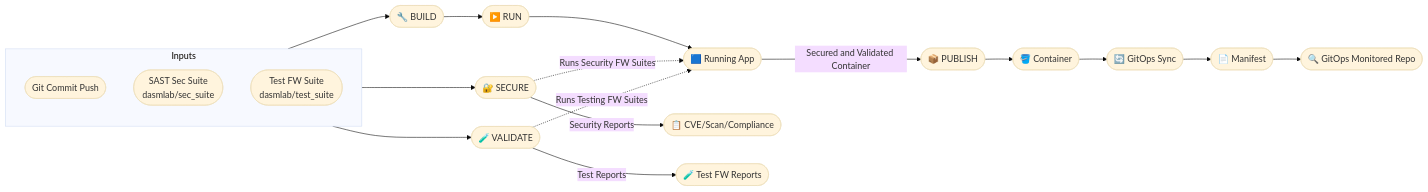
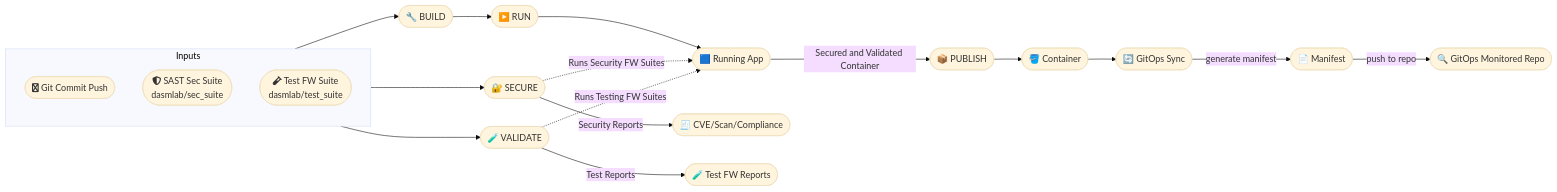
Before and after one commit to dasmlab/whatsnew-service: the second of 2 diagrams in README.md, drawn with Mermaid (base theme). The commit also changed other lines of this file, not shown here.

Commit message:
restoring badge

````diff
--- a/README.md
+++ b/README.md
@@ -22,32 +31,31 @@
 ```mermaid
 flowchart LR
+  %% Inputs block
   subgraph Inputs
     direction TB
-    A1([Git Commit Push])
-    A2([SAST Sec Suite<br/>dasmlab/sec_suite])
-    A3([Test FW Suite<br/>dasmlab/test_suite])
+    A1([<i class="fa fa-git-alt"></i> Git Commit Push])
+    A2([<i class="fa fa-shield-alt"></i> SAST Sec Suite<br/>dasmlab/sec_suite])
+    A3([<i class="fa fa-vial"></i> Test FW Suite<br/>dasmlab/test_suite])
   end
 
-  %% Main pipeline flow
+  %% Main pipeline
   A1 --> BUILD([🔧 BUILD])
   BUILD --> RUN([▶️ RUN])
   RUN --> APP([🟦 Running App])
 
   %% Security and validation from inputs
   A2 --> SECURE([🔐 SECURE])
+  SECURE -->|Security Reports| CVE([🧾 CVE/Scan/Compliance])
+  SECURE -.->|Runs Security FW Suites| APP
+
   A3 --> VALIDATE([🧪 VALIDATE])
-
-  SECURE -->|Security Reports| CVE([📋 CVE/Scan/Compliance])
   VALIDATE -->|Test Reports| TESTFW([🧪 Test FW Reports])
-
-  %% SECURE/VALIDATE run on the running app (downward links)
-  SECURE -.->|Runs Security FW Suites| APP
   VALIDATE -.->|Runs Testing FW Suites| APP
 
   %% Main flow resumes horizontally
   APP -->|Secured and Validated Container| PUBLISH([📦 PUBLISH])
   PUBLISH --> CONTAINER([🪣 Container])
   CONTAINER --> GITOPS([🔄 GitOps Sync])
-  GITOPS --> MANIFEST([📄 Manifest])
-  MANIFEST --> REPO([🔍 GitOps Monitored Repo])
+  GITOPS -- "generate manifest" --> MANIFEST([📄 Manifest])
+  MANIFEST -- "push to repo" --> REPO([🔍 GitOps Monitored Repo])
 ```
````
